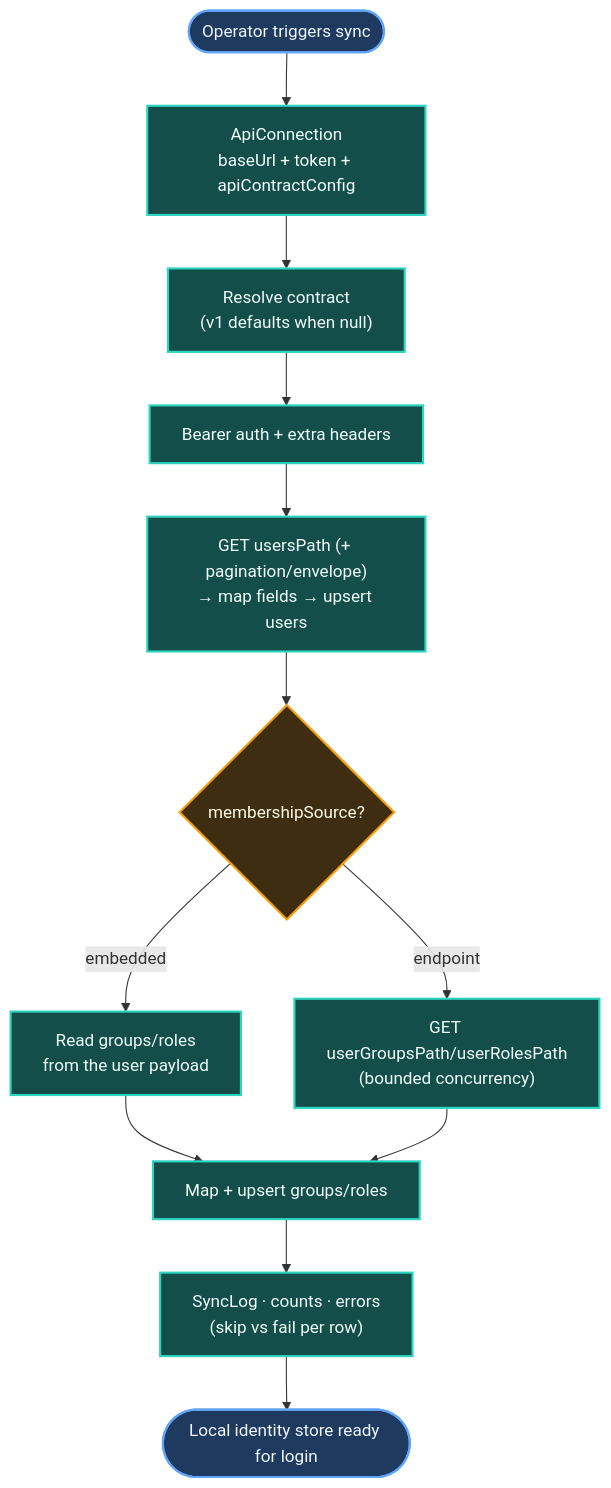
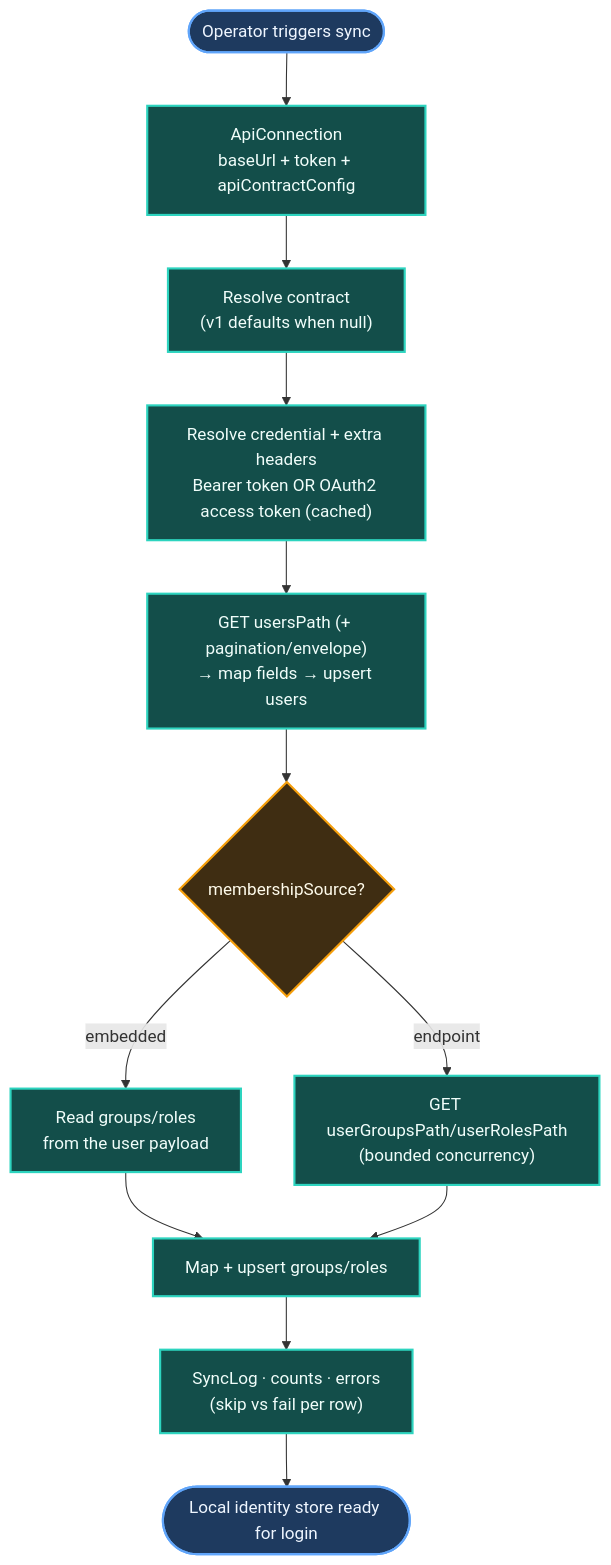
The diagram in docs/img/sync-flow.mmd (01laky/NestIdP), drawn with Mermaid before and after one commit. The commit also changed 66 other files, not shown here.

```diff
--- a/docs/img/sync-flow.mmd
+++ b/docs/img/sync-flow.mmd
@@ -1,25 +1,25 @@
 flowchart TD
 	START(["Operator triggers sync"])
 	CONFIG["ApiConnection\nbaseUrl + token + apiContractConfig"]
 	RESOLVE["Resolve contract\n(v1 defaults when null)"]
-	AUTH["Bearer auth + extra headers"]
+	AUTH["Resolve credential + extra headers\nBearer token OR OAuth2 access token (cached)"]
 	USERS["GET usersPath (+ pagination/envelope)\n→ map fields → upsert users"]
 	MEMBER{"membershipSource?"}
 	EMBEDDED["Read groups/roles\nfrom the user payload"]
 	ENDPOINT["GET userGroupsPath/userRolesPath\n(bounded concurrency)"]
 	APPLY["Map + upsert groups/roles"]
 	LOG["SyncLog · counts · errors\n(skip vs fail per row)"]
 	END(["Local identity store ready for login"])
 
 	START --> CONFIG --> RESOLVE --> AUTH --> USERS --> MEMBER
 	MEMBER -->|embedded| EMBEDDED --> APPLY
 	MEMBER -->|endpoint| ENDPOINT --> APPLY
 	APPLY --> LOG --> END
 
 	classDef step fill:#134e4a,stroke:#2dd4bf,stroke-width:2px,color:#f0fdfa
 	classDef io fill:#1e3a5f,stroke:#60a5fa,stroke-width:2px,color:#eff6ff
 	classDef decision fill:#3f2d12,stroke:#f59e0b,stroke-width:2px,color:#fffbeb
 
 	class CONFIG,RESOLVE,AUTH,USERS,EMBEDDED,ENDPOINT,APPLY,LOG step
 	class MEMBER decision
 	class START,END io
```
